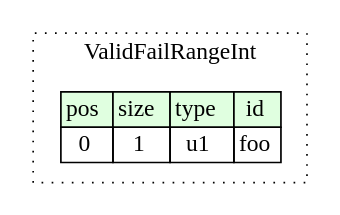
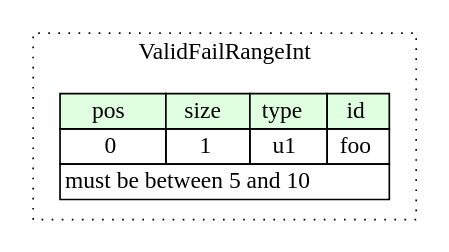
The diagram in compiled/graphviz/valid_fail_range_int.dot (kaitai-io/ci_targets), drawn with Graphviz before and after one commit. The commit also changed 209 other files, not shown here.

```diff
--- a/compiled/graphviz/valid_fail_range_int.dot
+++ b/compiled/graphviz/valid_fail_range_int.dot
@@ -1,13 +1,14 @@
 digraph {
 	rankdir=LR;
 	node [shape=plaintext];
 	subgraph cluster__valid_fail_range_int {
 		label="ValidFailRangeInt";
 		graph[style=dotted];
 
 		valid_fail_range_int__seq [label=<<TABLE BORDER="0" CELLBORDER="1" CELLSPACING="0">
 			<TR><TD BGCOLOR="#E0FFE0">pos</TD><TD BGCOLOR="#E0FFE0">size</TD><TD BGCOLOR="#E0FFE0">type</TD><TD BGCOLOR="#E0FFE0">id</TD></TR>
 			<TR><TD PORT="foo_pos">0</TD><TD PORT="foo_size">1</TD><TD>u1</TD><TD PORT="foo_type">foo</TD></TR>
+			<TR><TD COLSPAN="4" PORT="foo__valid">must be between 5 and 10</TD></TR>
 		</TABLE>>];
 	}
 }
```
